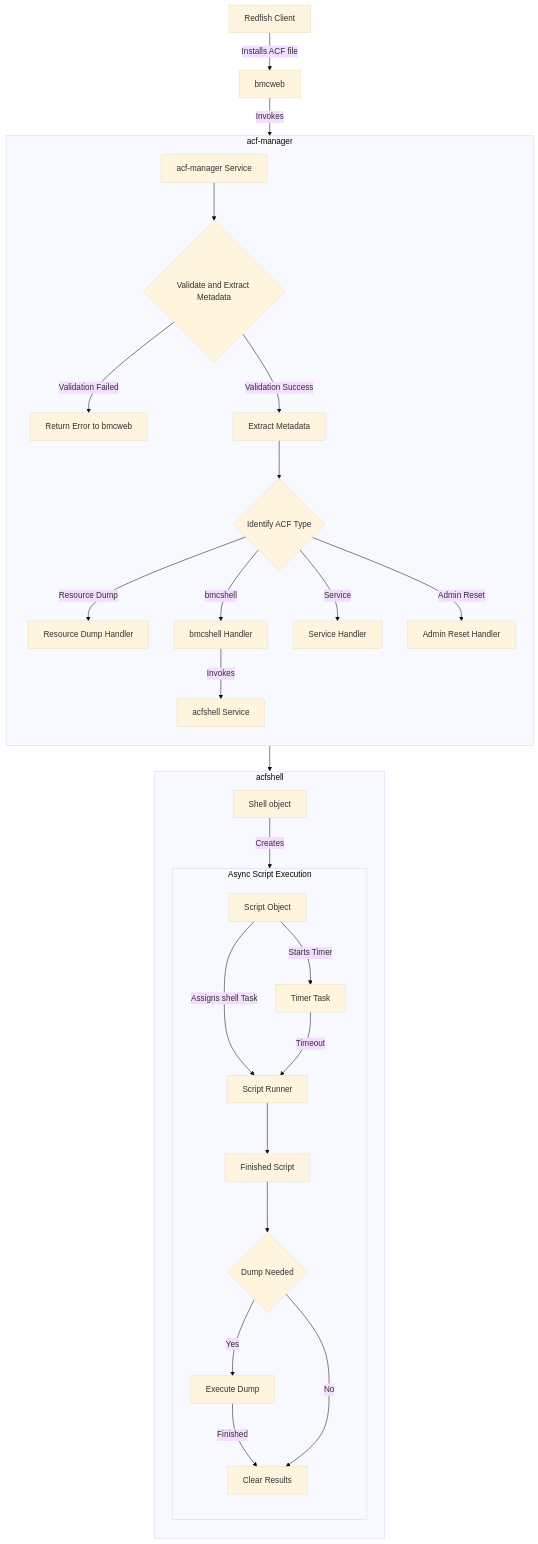
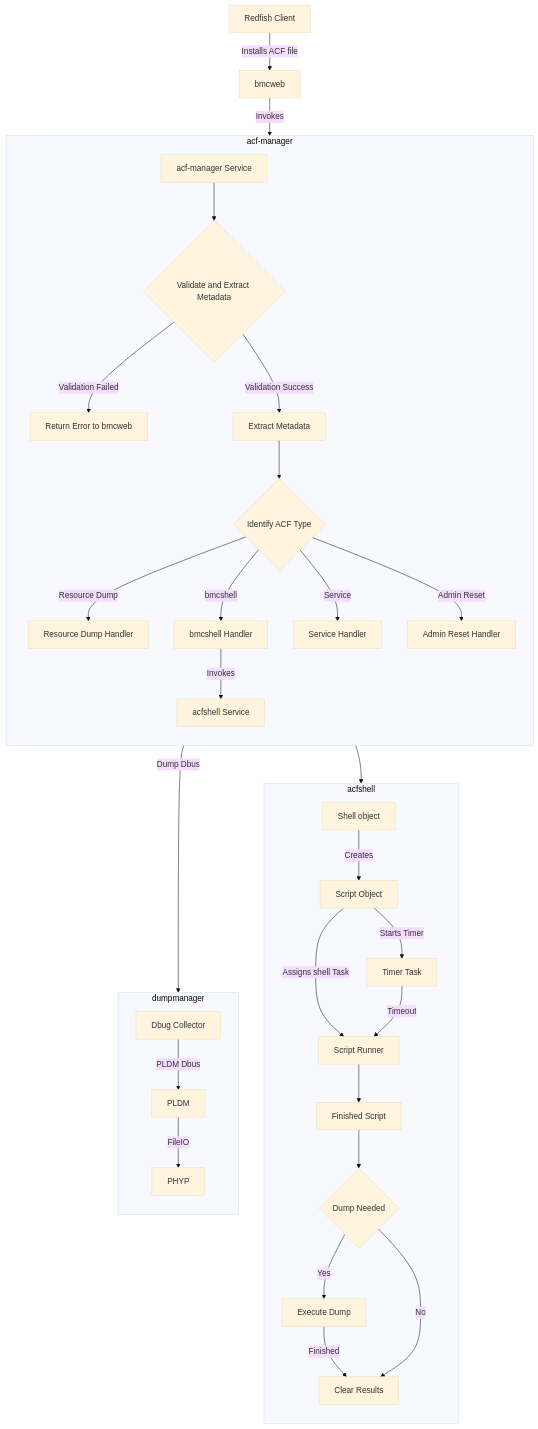
The diagram in acfshell/README.md (ibm-openbmc/phosphor-certificate-manager), drawn with Mermaid (base theme) before and after one commit. The commit also changed 1 other file, not shown here.

Commit message:
Fix 726312: Fixing shell pel registry defect

````diff
--- a/acfshell/README.md
+++ b/acfshell/README.md
@@ -23,56 +23,63 @@
 ```mermaid
 ---
 config:
   layout: dagre
 ---
 flowchart TD
  subgraph s1["acf-manager"]
     direction TB
         D{"Validate and Extract Metadata"}
         C["acf-manager Service"]
         E["Return Error to bmcweb"]
         F["Extract Metadata"]
         G{"Identify ACF Type"}
         H["Resource Dump Handler"]
         I["bmcshell Handler"]
         J["Service Handler"]
         K["Admin Reset Handler"]
         L["acfshell Service"]
   end
  subgraph acfshell["acfshell"]
     direction TB
         M["Shell object"]
-        subgraph async["Async Script Execution"]
-          direction TB
             N["Script Object"]
             O["Script Runner"]
             P["Timer Task"]
             Q["Finished Script"]
             R{"Dump Needed"}
             S["Clear Results"]
             T["Execute Dump"]
-        end
   end
+subgraph dumpmanager["dumpmanager"]
+    direction TB
+      A1["Dbug Collector"]
+            A2["PLDM"]
+            A3["PHYP"]
+        
+end
     A["Redfish Client"] -- Installs ACF file --> B["bmcweb"]
     B -- Invokes --> C
     C --> D
     D -- Validation Failed --> E
     D -- Validation Success --> F
     F --> G
     G -- Resource Dump --> H
+    H -- Dump Dbus --> A1
+    A1 -- PLDM Dbus --> A2
+    A2 -- FileIO--> A3
     G -- bmcshell --> I
     G -- Service --> J
     G -- Admin Reset --> K
     I -- Invokes --> L
     L --> M
     M -- Creates --> N
     N -- Assigns shell Task  --> O
     N -- Starts Timer  --> P
     P -- Timeout --> O
     O --> Q
     Q --> R
     R -- Yes --> T
     T -- Finished --> S
     R -- No --> S
 
 ```
````
